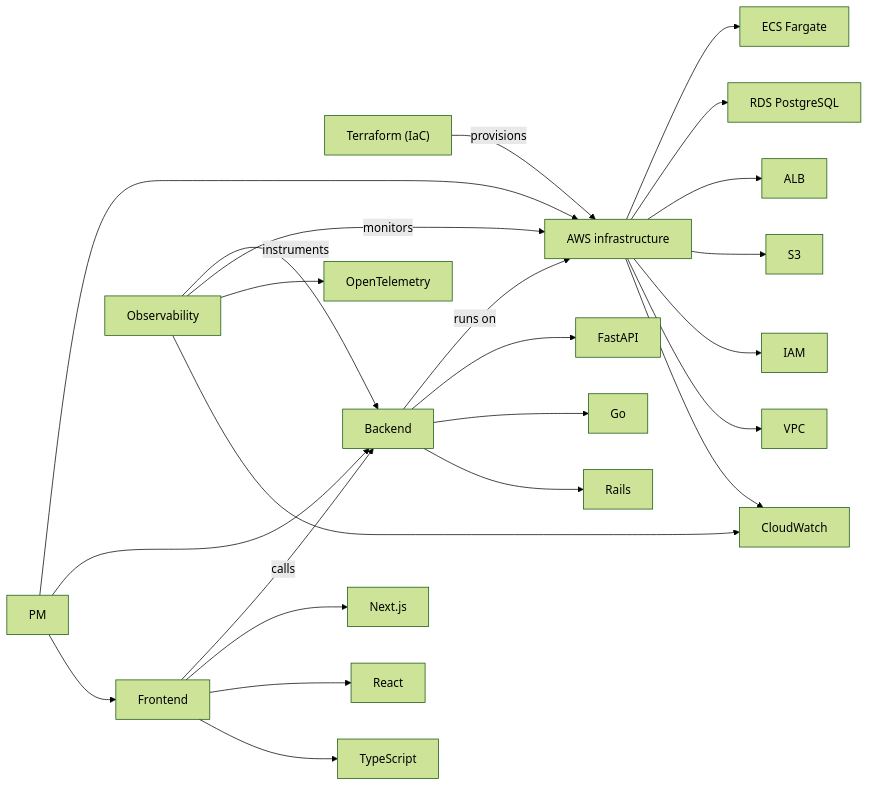
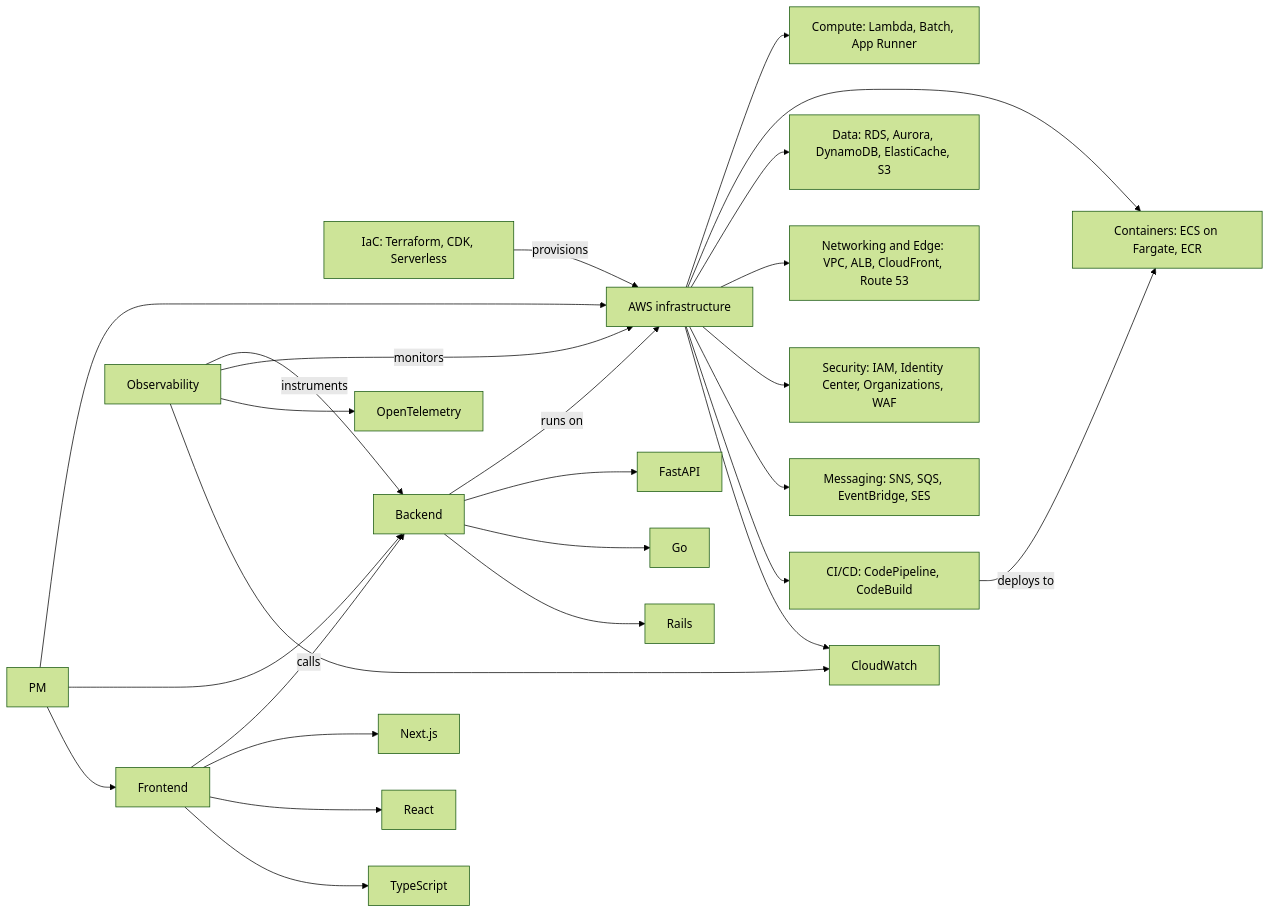
One commit to yuichi-tanaka-1013/yuichi-tanaka-1013 changed the diagram in README.md. Above: the diagram before and after it, drawn with Mermaid (forest theme).

Commit message:
docs: group AWS services by category in the diagram

````diff
--- a/README.md
+++ b/README.md
@@ -24,49 +24,52 @@
 ```mermaid
 flowchart LR
     PM["PM"]
-    IAC["Terraform (IaC)"]
+    IAC["IaC: Terraform, CDK, Serverless"]
     AWS["AWS infrastructure"]
     BE["Backend"]
     FE["Frontend"]
     OBS["Observability"]
 
-    ECS["ECS Fargate"]
-    RDS["RDS PostgreSQL"]
-    ALB["ALB"]
-    S3["S3"]
-    IAM["IAM"]
-    VPC["VPC"]
+    COMPUTE["Compute: Lambda, Batch, App Runner"]
+    CONTAINERS["Containers: ECS on Fargate, ECR"]
+    DATA["Data: RDS, Aurora, DynamoDB, ElastiCache, S3"]
+    NET["Networking and Edge: VPC, ALB, CloudFront, Route 53"]
+    SEC["Security: IAM, Identity Center, Organizations, WAF"]
+    MSG["Messaging: SNS, SQS, EventBridge, SES"]
+    CICD["CI/CD: CodePipeline, CodeBuild"]
     CW["CloudWatch"]
     FASTAPI["FastAPI"]
     GO["Go"]
     RAILS["Rails"]
     NEXT["Next.js"]
     REACT["React"]
     TS["TypeScript"]
     OTEL["OpenTelemetry"]
 
     PM --> AWS
     PM --> BE
     PM --> FE
     IAC -->|"provisions"| AWS
     BE -->|"runs on"| AWS
     FE -->|"calls"| BE
     OBS -->|"instruments"| BE
     OBS -->|"monitors"| AWS
 
-    AWS --> ECS
-    AWS --> RDS
-    AWS --> ALB
-    AWS --> S3
-    AWS --> IAM
-    AWS --> VPC
+    AWS --> COMPUTE
+    AWS --> CONTAINERS
+    AWS --> DATA
+    AWS --> NET
+    AWS --> SEC
+    AWS --> MSG
+    AWS --> CICD
     AWS --> CW
+    CICD -->|"deploys to"| CONTAINERS
     BE --> FASTAPI
     BE --> GO
     BE --> RAILS
     FE --> NEXT
     FE --> REACT
     FE --> TS
     OBS --> OTEL
     OBS --> CW
 ```
````
